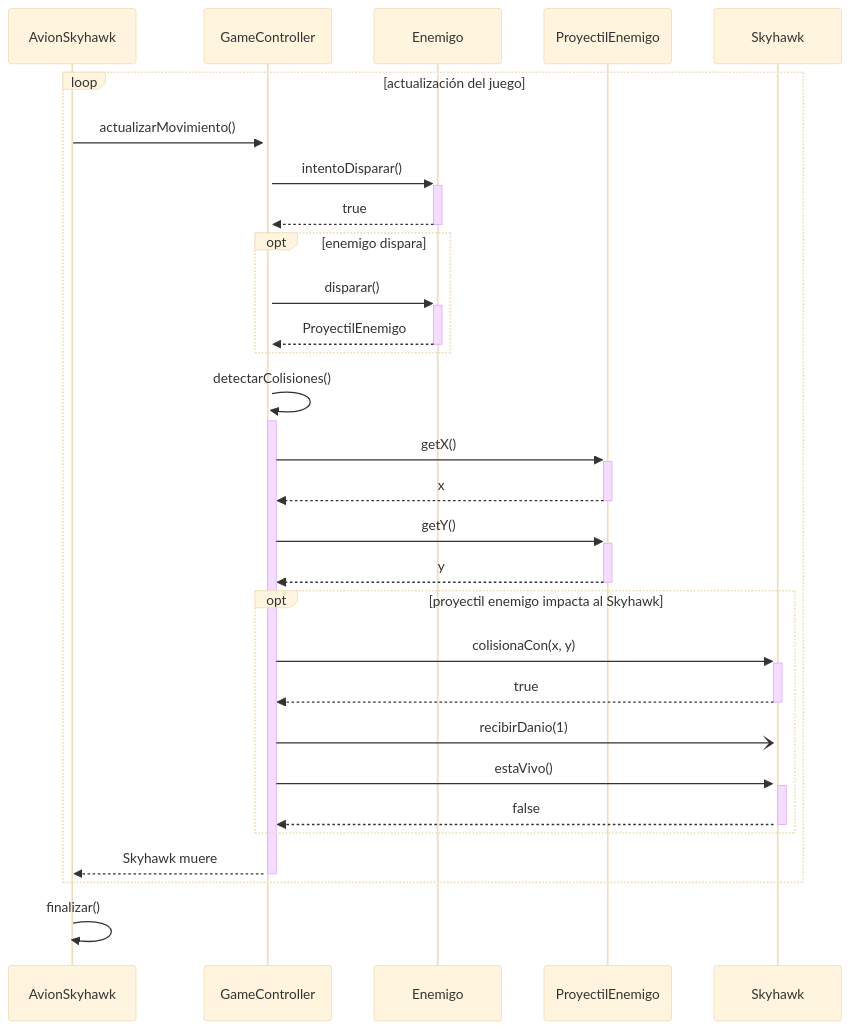
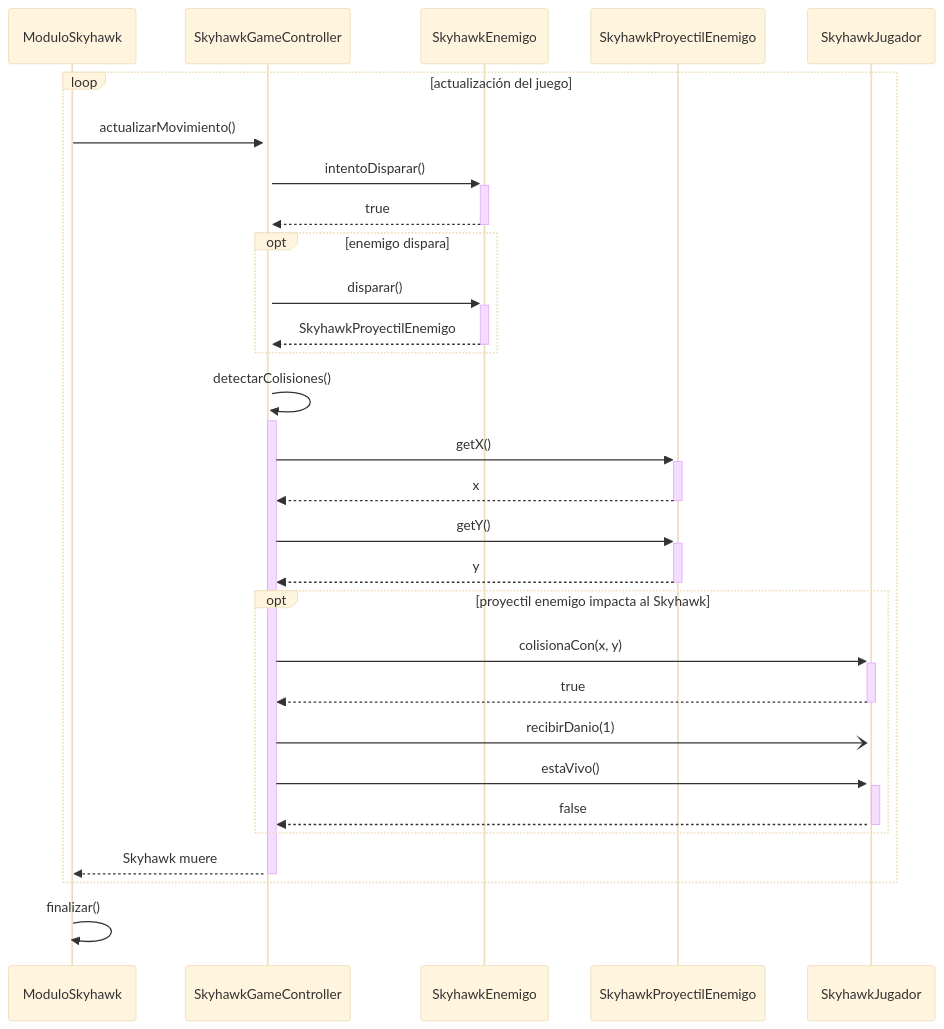
Before and after one commit to chiaraarego/Grupo-2---Skyhawk: the fifth of 6 diagrams in Diagramas/diagram_Secuencias_Actualizados.md, drawn with Mermaid (base theme). The commit also changed other lines of this file, not shown here.

````diff
--- a/Diagramas/diagram_Secuencias_Actualizados.md
+++ b/Diagramas/diagram_Secuencias_Actualizados.md
@@ -178,46 +179,46 @@
 ```mermaid
 sequenceDiagram
-    participant AvionSkyhawk
-    participant GameController
-    participant Enemigo
-    participant ProyectilEnemigo
-    participant Skyhawk
+    participant ModuloSkyhawk
+    participant SkyhawkGameController
+    participant SkyhawkEnemigo
+    participant SkyhawkProyectilEnemigo
+    participant SkyhawkJugador
 
     loop actualización del juego
-        AvionSkyhawk ->> +GameController : actualizarMovimiento()
+        ModuloSkyhawk ->> +SkyhawkGameController : actualizarMovimiento()
 
         
-        GameController ->> +Enemigo : intentoDisparar()
-        Enemigo -->> -GameController : true
+        SkyhawkGameController ->> +SkyhawkEnemigo : intentoDisparar()
+        SkyhawkEnemigo -->> -SkyhawkGameController : true
         
 
         opt enemigo dispara
-            GameController ->> +Enemigo : disparar()
-            Enemigo -->> -GameController : ProyectilEnemigo
+            SkyhawkGameController ->> +SkyhawkEnemigo : disparar()
+            SkyhawkEnemigo -->> -SkyhawkGameController : SkyhawkProyectilEnemigo
 
         end
 
-        GameController ->> +GameController : detectarColisiones()
+        SkyhawkGameController ->> +SkyhawkGameController : detectarColisiones()
 
-        GameController ->> +ProyectilEnemigo : getX()
-        ProyectilEnemigo -->> -GameController : x
+        SkyhawkGameController ->> +SkyhawkProyectilEnemigo : getX()
+        SkyhawkProyectilEnemigo -->> -SkyhawkGameController : x
 
-        GameController ->> +ProyectilEnemigo : getY()
-        ProyectilEnemigo -->> -GameController : y
+        SkyhawkGameController ->> +SkyhawkProyectilEnemigo : getY()
+        SkyhawkProyectilEnemigo -->> -SkyhawkGameController : y
 
         opt proyectil enemigo impacta al Skyhawk
-            GameController ->> +Skyhawk : colisionaCon(x, y)
-            Skyhawk -->> -GameController : true
+            SkyhawkGameController ->> +SkyhawkJugador : colisionaCon(x, y)
+            SkyhawkJugador -->> -SkyhawkGameController : true
 
-            GameController -) +Skyhawk : recibirDanio(1)
+            SkyhawkGameController -) +SkyhawkJugador : recibirDanio(1)
 
-            GameController ->> +Skyhawk : estaVivo()
-            Skyhawk -->> -GameController : false
+            SkyhawkGameController ->> +SkyhawkJugador : estaVivo()
+            SkyhawkJugador -->> -SkyhawkGameController : false
         end
 
-        GameController -->> -AvionSkyhawk : Skyhawk muere
+        SkyhawkGameController -->> -ModuloSkyhawk : Skyhawk muere
 
     end
-AvionSkyhawk ->> +AvionSkyhawk : finalizar()
+ModuloSkyhawk ->> +ModuloSkyhawk : finalizar()
 
 ```
````
